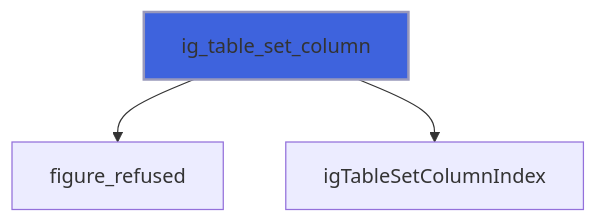
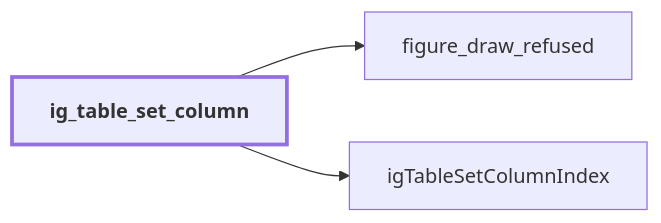
Diagram 16 of 40 in docs/api/src/lib/figure_group.md (szaghi/figure), drawn with Mermaid before and after one commit. The commit also changed other lines of this file and 54 other files, not shown here.

````diff
--- a/docs/api/src/lib/figure_group.md
+++ b/docs/api/src/lib/figure_group.md
@@ -375,6 +622,9 @@
 ```mermaid
-flowchart TD
-  ig_table_set_column["ig_table_set_column"] --> figure_refused["figure_refused"]
+flowchart LR
+  ig_table_set_column["ig_table_set_column"] --> figure_draw_refused["figure_draw_refused"]
   ig_table_set_column["ig_table_set_column"] --> igTableSetColumnIndex["igTableSetColumnIndex"]
-  style ig_table_set_column fill:#3e63dd,stroke:#99b,stroke-width:2px
+  classDef focus stroke-width:3px,font-weight:bold
+  class ig_table_set_column focus
+  click figure_draw_refused href "figure_base.html#figure-draw-refused" "figure_draw_refused"
+  click igTableSetColumnIndex href "figure_cimgui.html#igtablesetcolumnindex" "igTableSetColumnIndex"
 ```
````
